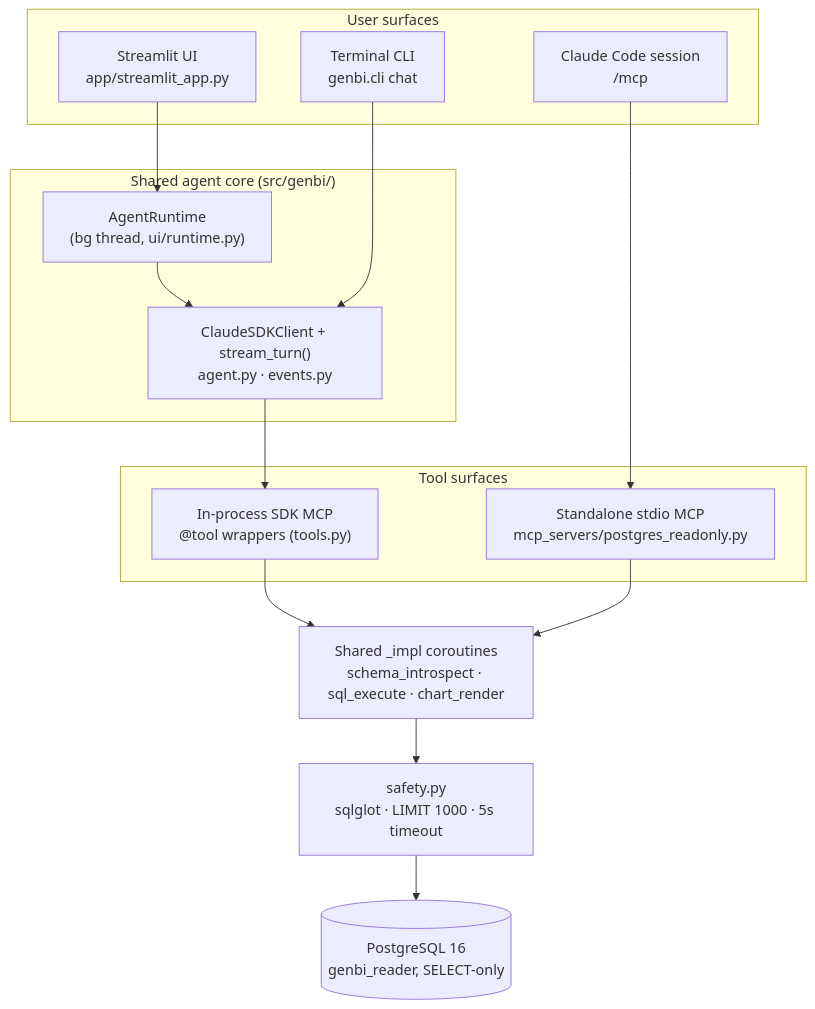
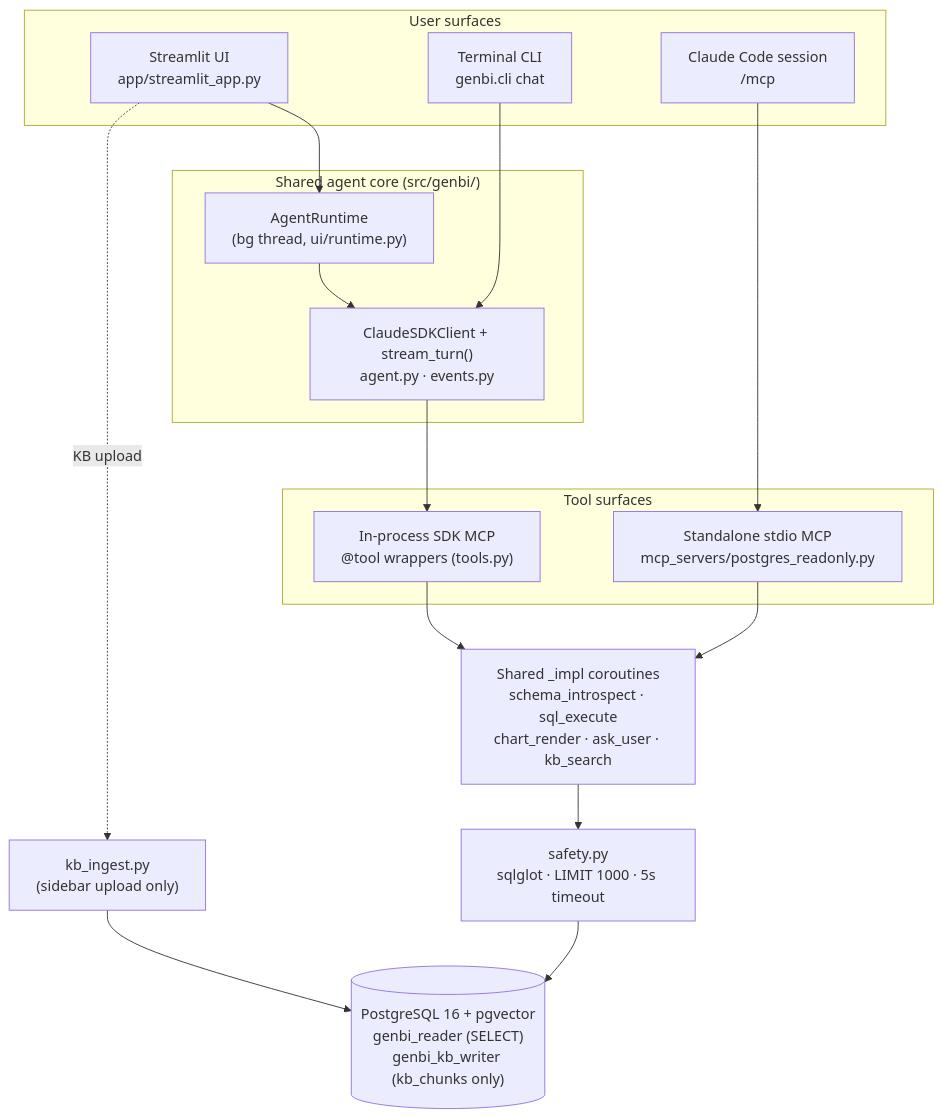
One commit to igorkaroza/talk-to-your-data-lab changed the diagram in README.md. Above: the diagram before and after it, drawn with Mermaid. The commit also changed other lines of this file, not shown here.

First line of the commit message:
docs: refresh README for KB-upload feature

````diff
--- a/README.md
+++ b/README.md
@@ -7,30 +7,33 @@
 ```mermaid
 flowchart TB
     subgraph surfaces["User surfaces"]
         UI["Streamlit UI<br/>app/streamlit_app.py"]
         CLI["Terminal CLI<br/>genbi.cli chat"]
         CC["Claude Code session<br/>/mcp"]
     end
 
     subgraph core["Shared agent core (src/genbi/)"]
         RT["AgentRuntime<br/>(bg thread, ui/runtime.py)"]
         SDK["ClaudeSDKClient + stream_turn()<br/>agent.py · events.py"]
     end
 
     subgraph tools["Tool surfaces"]
         IN["In-process SDK MCP<br/>@tool wrappers (tools.py)"]
         STD["Standalone stdio MCP<br/>mcp_servers/postgres_readonly.py"]
     end
 
-    IMPL["Shared _impl coroutines<br/>schema_introspect · sql_execute · chart_render"]
+    IMPL["Shared _impl coroutines<br/>schema_introspect · sql_execute<br/>chart_render · ask_user · kb_search"]
     SAFE["safety.py<br/>sqlglot · LIMIT 1000 · 5s timeout"]
-    DB[("PostgreSQL 16<br/>genbi_reader, SELECT-only")]
+    KBI["kb_ingest.py<br/>(sidebar upload only)"]
+    DB[("PostgreSQL 16 + pgvector<br/>genbi_reader (SELECT)<br/>genbi_kb_writer (kb_chunks only)")]
 
     UI --> RT --> SDK
+    UI -. KB upload .-> KBI
     CLI --> SDK
     SDK --> IN
     CC --> STD
     IN --> IMPL
     STD --> IMPL
     IMPL --> SAFE --> DB
+    KBI --> DB
 ```
````
